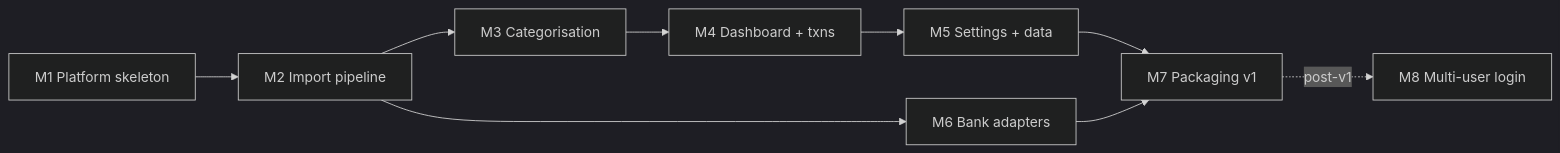
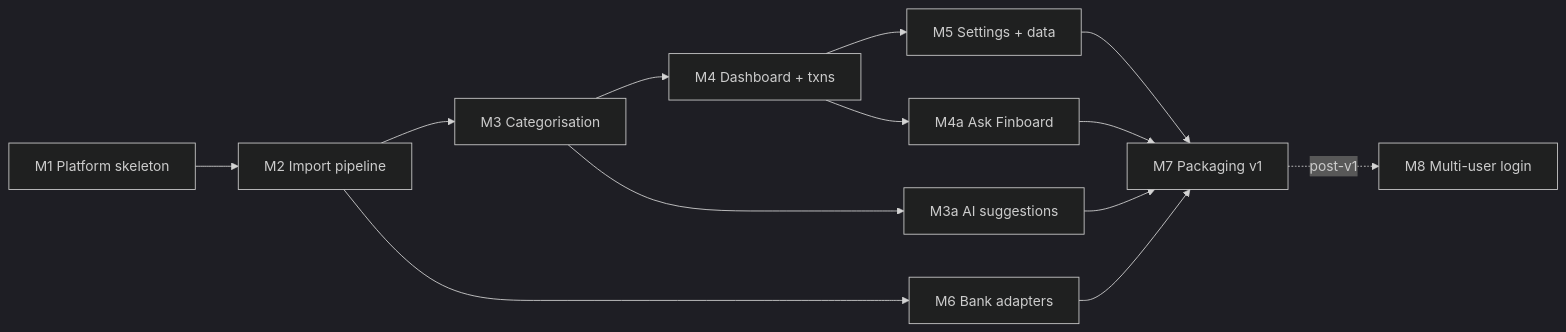
One commit to kapilsharma/finboard changed the diagram in docs/ROADMAP.md. Above: the diagram before and after it, drawn with Mermaid (dark theme). The commit also changed other lines of this file and 9 other files, not shown here.

````diff
--- a/docs/ROADMAP.md
+++ b/docs/ROADMAP.md
@@ -11,7 +14,9 @@
 ```mermaid
 flowchart LR
   M1[M1 Platform skeleton] --> M2[M2 Import pipeline] --> M3[M3 Categorisation] --> M4[M4 Dashboard + txns] --> M5[M5 Settings + data] --> M7[M7 Packaging v1]
   M2 --> M6[M6 Bank adapters]
   M6 --> M7
+  M3 --> M3a[M3a AI suggestions] --> M7
+  M4 --> M4a[M4a Ask Finboard] --> M7
   M7 -.post-v1.-> M8[M8 Multi-user login]
 ```
````
